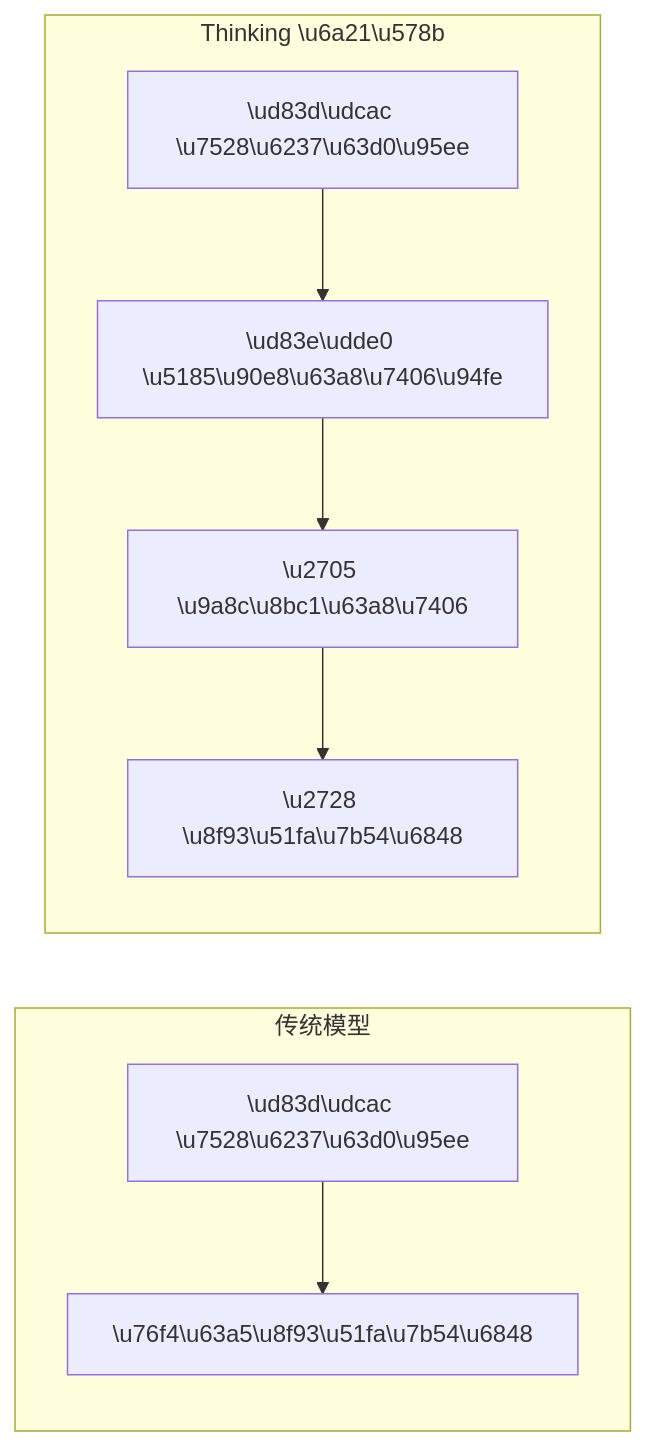
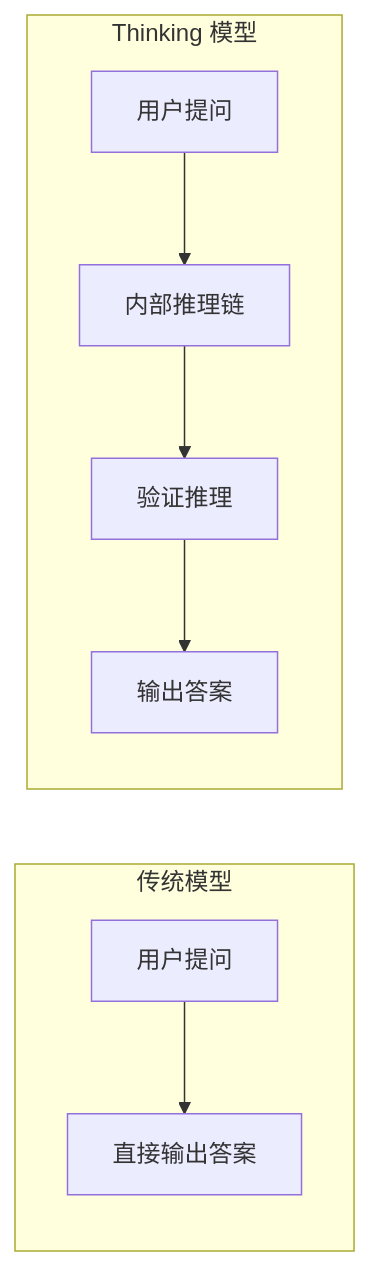
Before and after one commit to ifnodoraemon/ifnodoraemon.github.io: the diagram in content/articles/ai-trends-2026.md, drawn with Mermaid. The commit also changed 2 other files, not shown here.

Commit message:
fix(articles): 修复 Mermaid 图表 unicode 转义 + HTML 解析冲突
- 修复 .md 文件中 Mermaid 块的 \uXXXX 转义序列为实际中文字符
- 移除 <--> 双向箭头语法（与 HTML 解析器冲突），改用 --> 单向
- 3 篇文章的 Mermaid 图表现可正常渲染为 SVG

````diff
--- a/content/articles/ai-trends-2026.md
+++ b/content/articles/ai-trends-2026.md
@@ -22,9 +22,9 @@
 ```mermaid
 graph LR
     subgraph 传统模型
-        A1["\ud83d\udcac \u7528\u6237\u63d0\u95ee"] --> A2["\u76f4\u63a5\u8f93\u51fa\u7b54\u6848"]
+        A1["用户提问"] --> A2["直接输出答案"]
     end
-    subgraph Thinking \u6a21\u578b
-        B1["\ud83d\udcac \u7528\u6237\u63d0\u95ee"] --> B2["\ud83e\udde0 \u5185\u90e8\u63a8\u7406\u94fe"] --> B3["\u2705 \u9a8c\u8bc1\u63a8\u7406"] --> B4["\u2728 \u8f93\u51fa\u7b54\u6848"]
+    subgraph Thinking 模型
+        B1["用户提问"] --> B2["内部推理链"] --> B3["验证推理"] --> B4["输出答案"]
     end
 ```
````
